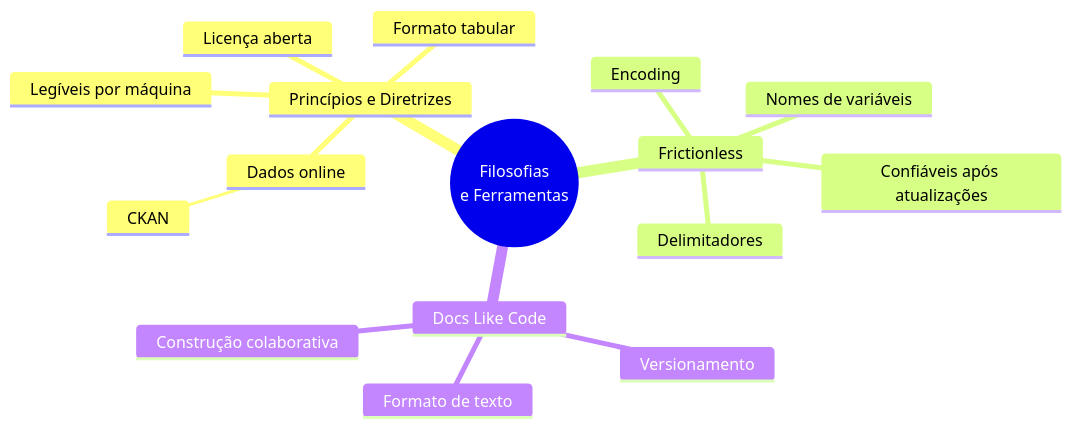
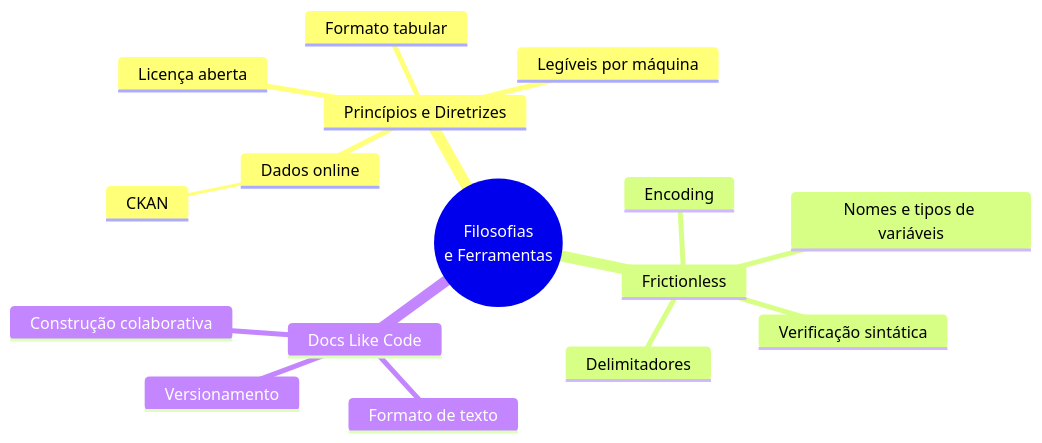
Before and after one commit to transparencia-mg/reveal.js: the second of 2 diagrams in presentations/20230804_minas_de_dados_overview_dta/index.md, drawn with Mermaid. The commit also changed other lines of this file, not shown here.

````diff
--- a/presentations/20230804_minas_de_dados_overview_dta/index.md
+++ b/presentations/20230804_minas_de_dados_overview_dta/index.md
@@ -58,19 +60,19 @@
 ```mermaid
 mindmap
   root((Filosofias <br/> e Ferramentas))
     Princípios e Diretrizes
       Dados online
         CKAN
       Legíveis por máquina
       Licença aberta
       Formato tabular
     Frictionless
-      Nomes de variáveis
+      Nomes e tipos de variáveis
       Encoding
       Delimitadores
-      Confiáveis após atualizações
+      Verificação sintática
     Docs Like Code
       Formato de texto
       Versionamento
       Construção colaborativa
 ```
````
